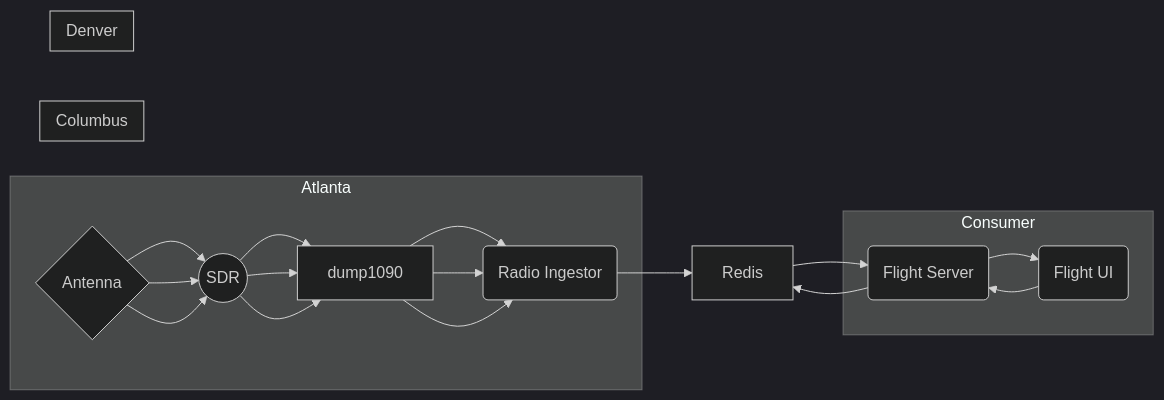
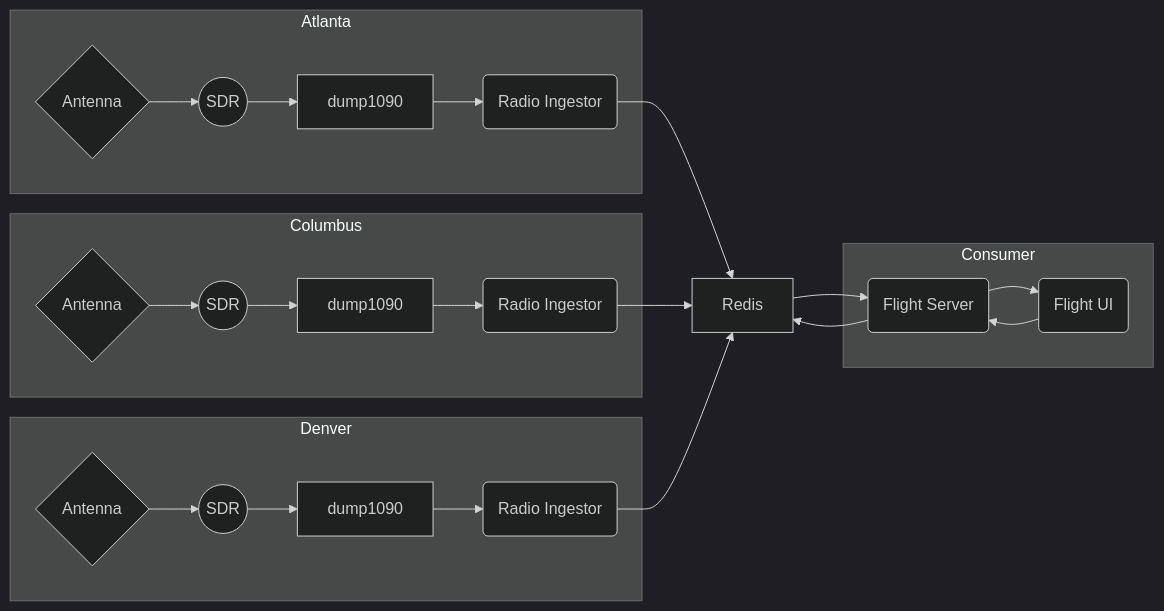
The diagram in README.md (guyroyse/tracking-aircraft), drawn with Mermaid (dark theme) before and after one commit.

Commit message:
playing with mermaid some more

````diff
--- a/README.md
+++ b/README.md
@@ -157,25 +157,27 @@
 ```mermaid
 graph LR
   subgraph "Atlanta"
-    ANT{Antenna} --> SDR((SDR))
-    SDR --> DMP[dump1090]
-    DMP --> ING("Radio Ingestor")
+    ANT1{Antenna} --> SDR1((SDR))
+    SDR1 --> DMP1[dump1090]
+    DMP1 --> ING1("Radio Ingestor")
   end
   subgraph "Columbus"
-    ANT{Antenna} --> SDR((SDR))
-    SDR --> DMP[dump1090]
-    DMP --> ING("Radio Ingestor")
+    ANT2{Antenna} --> SDR2((SDR))
+    SDR2 --> DMP2[dump1090]
+    DMP2 --> ING2("Radio Ingestor")
   end
   subgraph "Denver"
-    ANT{Antenna} --> SDR((SDR))
-    SDR --> DMP[dump1090]
-    DMP --> ING("Radio Ingestor")
+    ANT3{Antenna} --> SDR3((SDR))
+    SDR3 --> DMP3[dump1090]
+    DMP3 --> ING3("Radio Ingestor")
   end
-  ING --> RED[Redis]
+  ING1 --> RED[Redis]
+  ING2 --> RED[Redis]
+  ING3 --> RED[Redis]
   RED --> SRV("Flight Server")
   SRV --> RED
   subgraph "Consumer"
     SRV --> WEB("Flight UI")
     WEB --> SRV
   end
 ```
````
